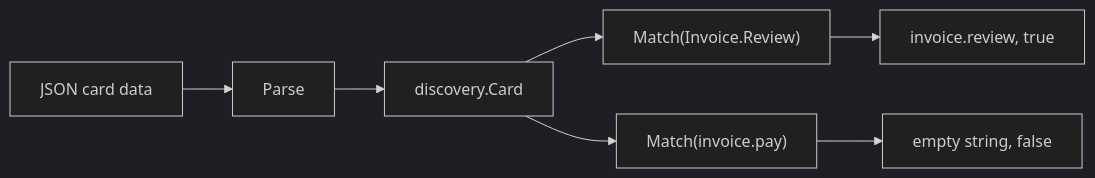
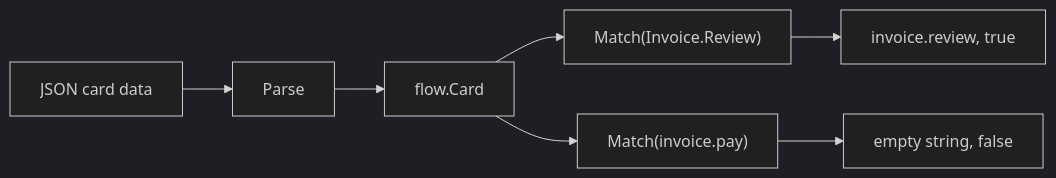
Before and after one commit to MiviaLabs/mivia-ai-sdk: the diagram in docs/examples/discovery-capability-match.md, drawn with Mermaid (dark theme). The commit also changed other lines of this file and 77 other files, not shown here.

First line of the commit message:
feat(flow): fold discovery and heartbeat into flow

````diff
--- a/docs/examples/discovery-capability-match.md
+++ b/docs/examples/discovery-capability-match.md
@@ -12,9 +12,9 @@
 ```mermaid
 flowchart LR
     data[JSON card data] --> parse[Parse]
-    parse --> card[discovery.Card]
+    parse --> card[flow.Card]
     card --> matchA["Match(Invoice.Review)"]
     card --> matchB["Match(invoice.pay)"]
     matchA --> hit["invoice.review, true"]
     matchB --> miss["empty string, false"]
 ```
````
